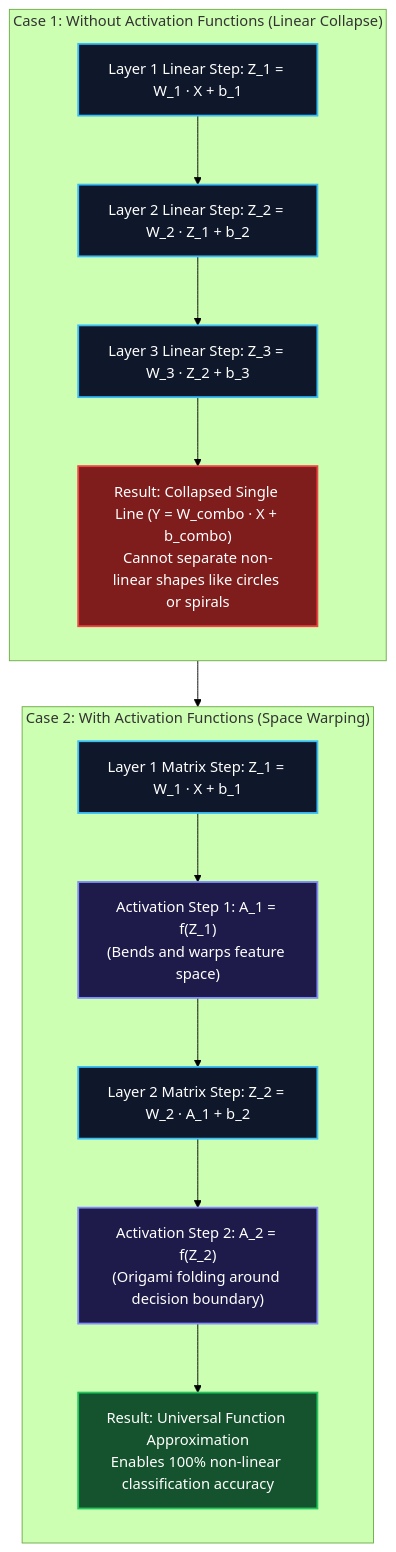
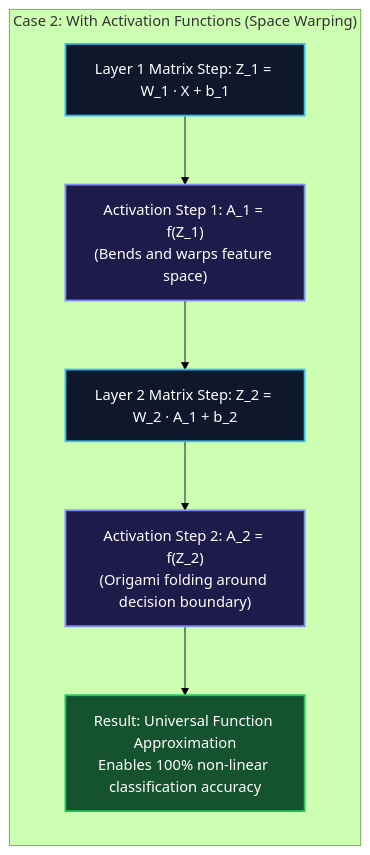
The second of 4 diagrams in contents/blog/0074-demystifying-activation-functions-non-linearity-types-use-cases/index.md (narenandu/narenvadapalli_dot_com), drawn with Mermaid (forest theme) before and after one commit. The commit also changed other lines of this file and 22 other files, not shown here.

Commit message:
fix(blog): resolve side-by-side Mermaid diagrams, KaTeX math formatting, and alert tags across all blogs

````diff
--- a/contents/blog/0074-demystifying-activation-functions-non-linearity-types-use-cases/index.md
+++ b/contents/blog/0074-demystifying-activation-functions-non-linearity-types-use-cases/index.md
@@ -54,38 +72,19 @@
 ```mermaid
 flowchart TD
-    direction TB
-
-    subgraph LinearStack ["Case 1: Without Activation Functions (Linear Collapse)"]
-        direction TB
-        L1["Layer 1 Linear Step: Z_1 = W_1 · X + b_1"]
-        L2["Layer 2 Linear Step: Z_2 = W_2 · Z_1 + b_2"]
-        L3["Layer 3 Linear Step: Z_3 = W_3 · Z_2 + b_3"]
-        COLLAPSE["Result: Collapsed Single Line (Y = W_combo · X + b_combo)<br/>Cannot separate non-linear shapes like circles or spirals"]
-
-        L1 --> L2 --> L3 --> COLLAPSE
-    end
-
     subgraph NonLinearStack ["Case 2: With Activation Functions (Space Warping)"]
-        direction TB
+        direction TD
         N1["Layer 1 Matrix Step: Z_1 = W_1 · X + b_1"]
         ACT1["Activation Step 1: A_1 = f(Z_1)<br/>(Bends and warps feature space)"]
         N2["Layer 2 Matrix Step: Z_2 = W_2 · A_1 + b_2"]
         ACT2["Activation Step 2: A_2 = f(Z_2)<br/>(Origami folding around decision boundary)"]
         WARP["Result: Universal Function Approximation<br/>Enables 100% non-linear classification accuracy"]
 
         N1 --> ACT1 --> N2 --> ACT2 --> WARP
     end
 
-    LinearStack --> NonLinearStack
-
-    style L1 fill:#0f172a,stroke:#38bdf8,stroke-width:2px,color:#ffffff
-    style L2 fill:#0f172a,stroke:#38bdf8,stroke-width:2px,color:#ffffff
-    style L3 fill:#0f172a,stroke:#38bdf8,stroke-width:2px,color:#ffffff
-    style COLLAPSE fill:#7f1d1d,stroke:#ef4444,stroke-width:2px,color:#ffffff
-
     style N1 fill:#0f172a,stroke:#38bdf8,stroke-width:2px,color:#ffffff
     style ACT1 fill:#1e1b4b,stroke:#818cf8,stroke-width:2px,color:#ffffff
     style N2 fill:#0f172a,stroke:#38bdf8,stroke-width:2px,color:#ffffff
     style ACT2 fill:#1e1b4b,stroke:#818cf8,stroke-width:2px,color:#ffffff
     style WARP fill:#14532d,stroke:#22c55e,stroke-width:2px,color:#ffffff
 ```
````
